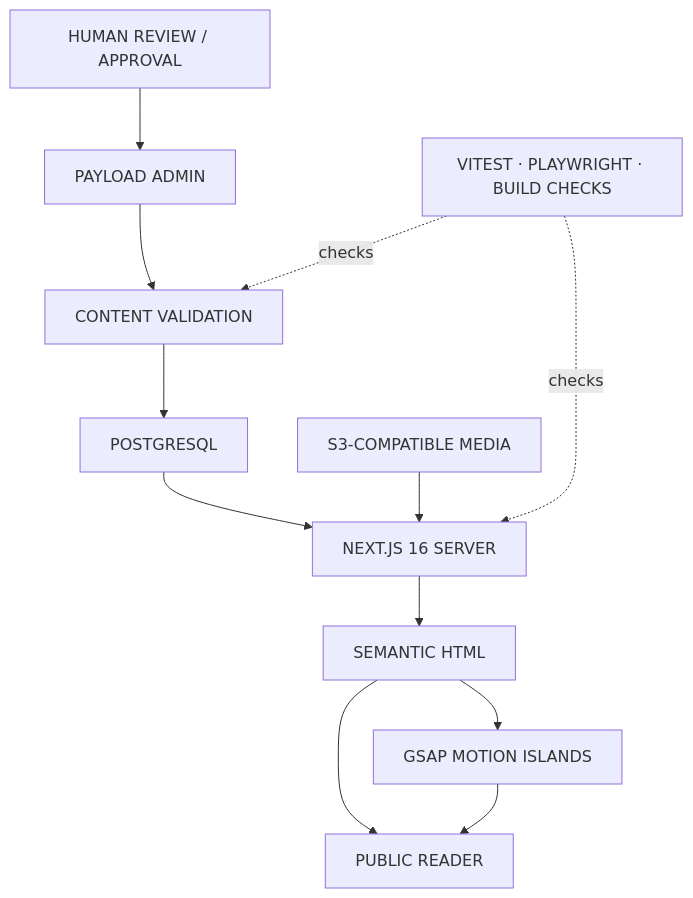
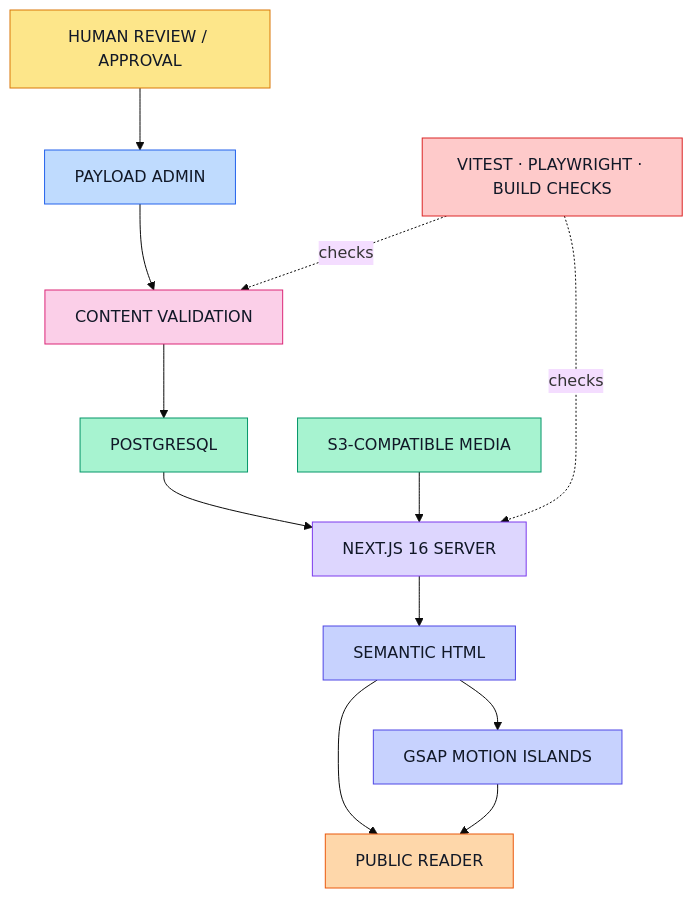
The second of 4 diagrams in README.md (drferdi/Kediri-Kings-Century), drawn with Mermaid before and after one commit. The commit also changed other lines of this file, not shown here.

```diff
--- a/README.md
+++ b/README.md
@@ -287,25 +375,44 @@
 ~~~mermaid
+%%{init: {'theme':'base'}}%%
 flowchart TB
   REVIEWER["HUMAN REVIEW / APPROVAL"]
   ADMIN["PAYLOAD ADMIN"]
   VALIDATE["CONTENT VALIDATION"]
   DB["POSTGRESQL"]
   S3["S3-COMPATIBLE MEDIA"]
   NEXT["NEXT.JS 16 SERVER"]
   HTML["SEMANTIC HTML"]
   MOTION["GSAP MOTION ISLANDS"]
   READER["PUBLIC READER"]
   VERIFY["VITEST · PLAYWRIGHT · BUILD CHECKS"]
 
   REVIEWER --> ADMIN
   ADMIN --> VALIDATE
   VALIDATE --> DB
   DB --> NEXT
   S3 --> NEXT
   NEXT --> HTML
   HTML --> READER
   HTML --> MOTION
   MOTION --> READER
   VERIFY -. checks .-> VALIDATE
   VERIFY -. checks .-> NEXT
+
+  classDef human fill:#FDE68A,stroke:#D97706,color:#111827;
+  classDef admin fill:#BFDBFE,stroke:#2563EB,color:#111827;
+  classDef gate fill:#FBCFE8,stroke:#DB2777,color:#111827;
+  classDef data fill:#A7F3D0,stroke:#059669,color:#111827;
+  classDef runtime fill:#DDD6FE,stroke:#7C3AED,color:#111827;
+  classDef render fill:#C7D2FE,stroke:#4F46E5,color:#111827;
+  classDef output fill:#FED7AA,stroke:#EA580C,color:#111827;
+  classDef verify fill:#FECACA,stroke:#DC2626,color:#111827;
+
+  class REVIEWER human;
+  class ADMIN admin;
+  class VALIDATE gate;
+  class DB,S3 data;
+  class NEXT runtime;
+  class HTML,MOTION render;
+  class READER output;
+  class VERIFY verify;
 ~~~
```
